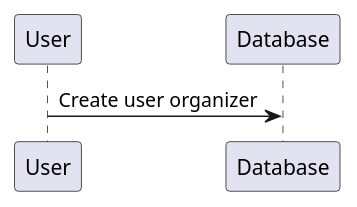
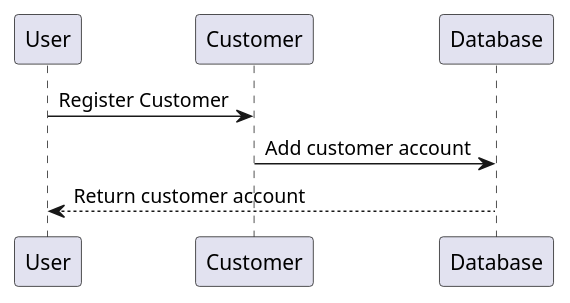
The diagram in src/main/java/Diagrams/HermanLippertSequence.puml (Andreas981/SEGruppeprosjekt), drawn with PlantUML before and after one commit. The commit also changed other lines of this file, not shown here.

Commit message:
Startet på sekvensdiagram
Startet på sekvensdiagrammet for registerering av ny "Customer" brukerkonto.

```diff
--- a/src/main/java/Diagrams/HermanLippertSequence.puml
+++ b/src/main/java/Diagrams/HermanLippertSequence.puml
@@ -1,5 +2,7 @@
 @startuml
-User -> Database:Create user organizer
 
+User -> Customer:Register Customer
+Customer -> Database:Add customer account
+User <-- Database:Return customer account
 
 @enduml
```
